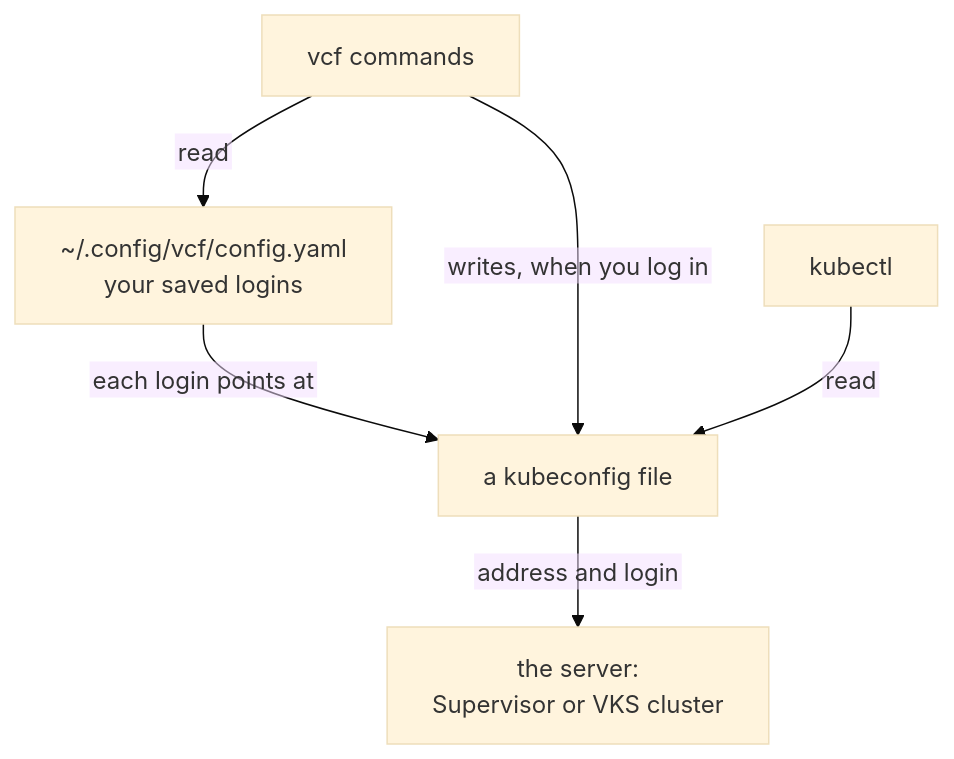
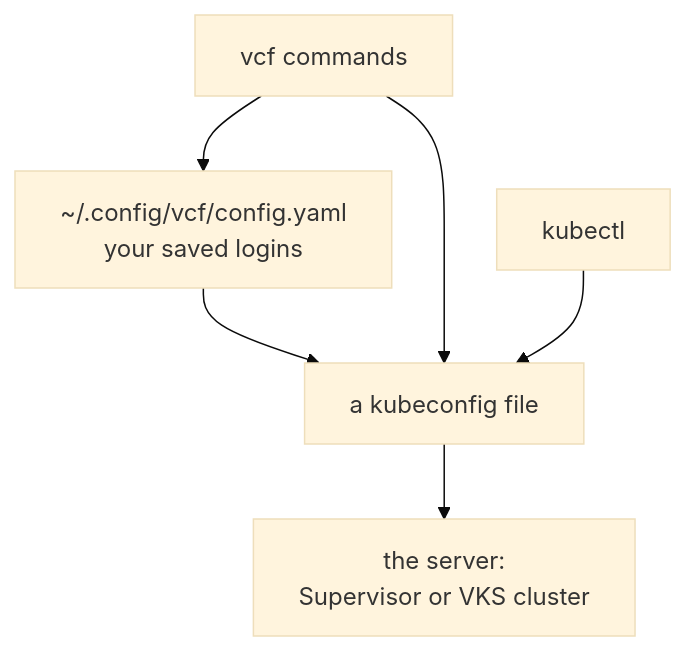
The first of 3 diagrams in docs/VCF.md (AndriyKalashnykov/vks-guides), drawn with Mermaid (base theme) before and after one commit. The commit also changed other lines of this file, not shown here.

Commit message:
docs: VCF.md kubeconfig section reordered for vCenter administrators: terms, two servers, vcf default vs the guides' choice, then fixes and reference

````diff
--- a/docs/VCF.md
+++ b/docs/VCF.md
@@ -278,9 +269,9 @@
 ```mermaid
 %%{init: {"flowchart": {"htmlLabels": false, "wrappingWidth": 600}}}%%
 flowchart TB
-  vcf["vcf commands"] -- read --> CFG["~/.config/vcf/config.yaml<br/>your saved logins"]
-  CFG -- "each login points at" --> KC["a kubeconfig file"]
-  vcf -- "writes, when you log in" --> KC
-  kubectl["kubectl"] -- read --> KC
-  KC -- "address and login" --> S["the server:<br/>Supervisor or VKS cluster"]
+  vcf["vcf commands"] --> CFG["~/.config/vcf/config.yaml<br/>your saved logins"]
+  CFG --> KC["a kubeconfig file"]
+  vcf --> KC
+  kubectl["kubectl"] --> KC
+  KC --> S["the server:<br/>Supervisor or VKS cluster"]
 ```
````
